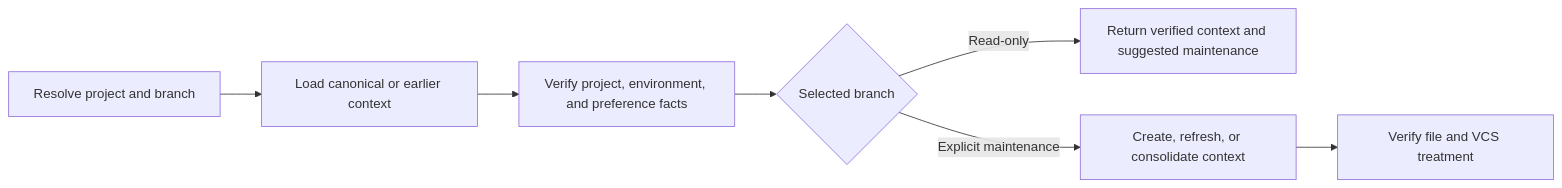
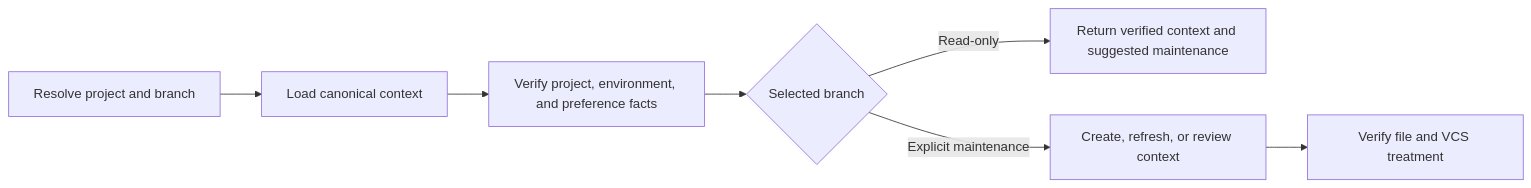
One commit to fam-tung-lam/ptlam-agent-plugin changed the diagram in plugin/skills/ptlam-testing-managing-context/SKILL.md. Above: the diagram before and after it, drawn with Mermaid. The commit also changed other lines of this file and 137 other files, not shown here.

````diff
--- a/plugin/skills/ptlam-testing-managing-context/SKILL.md
+++ b/plugin/skills/ptlam-testing-managing-context/SKILL.md
@@ -11,9 +11,9 @@
 ```mermaid
 flowchart LR
-    A[Resolve project and branch] --> B[Load canonical or earlier context]
+    A[Resolve project and branch] --> B[Load canonical context]
     B --> C[Verify project, environment, and preference facts]
     C --> D{Selected branch}
     D -- Read-only --> E[Return verified context and suggested maintenance]
-    D -- Explicit maintenance --> F[Create, refresh, or consolidate context]
+    D -- Explicit maintenance --> F[Create, refresh, or review context]
     F --> G[Verify file and VCS treatment]
 ```
````
